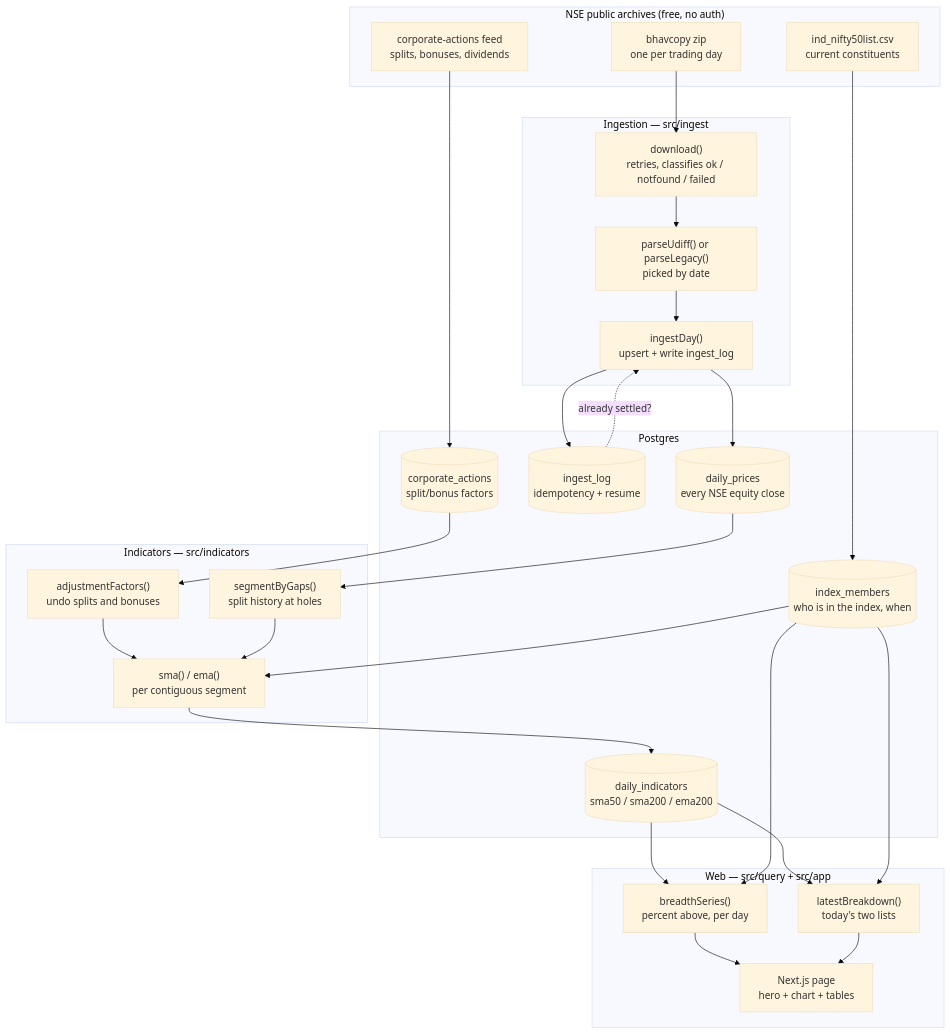
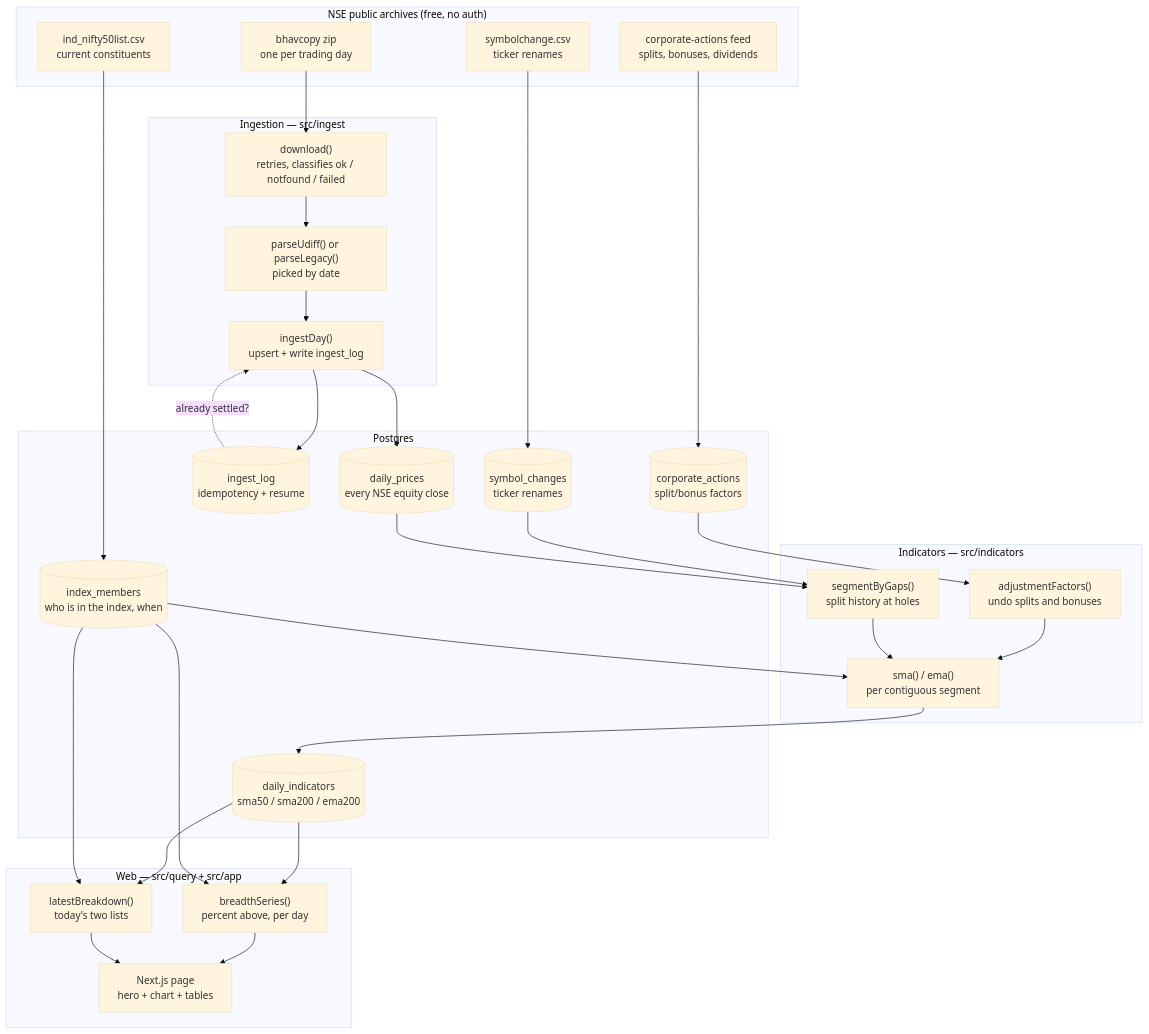
Before and after one commit to abhinav2525/TradeSence: the first of 3 diagrams in README.md, drawn with Mermaid (base theme). The commit also changed other lines of this file and 15 other files, not shown here.

````diff
--- a/README.md
+++ b/README.md
@@ -22,46 +22,49 @@
 ```mermaid
 flowchart TB
     subgraph SRC["NSE public archives (free, no auth)"]
         A1["bhavcopy zip<br/>one per trading day"]
         A2["ind_nifty50list.csv<br/>current constituents"]
         A3["corporate-actions feed<br/>splits, bonuses, dividends"]
+        A4["symbolchange.csv<br/>ticker renames"]
     end
 
     subgraph ING["Ingestion — src/ingest"]
         B1["download()<br/>retries, classifies ok / notfound / failed"]
         B2["parseUdiff() or parseLegacy()<br/>picked by date"]
         B3["ingestDay()<br/>upsert + write ingest_log"]
     end
 
     subgraph DB["Postgres"]
         C1[("daily_prices<br/>every NSE equity close")]
         C2[("index_members<br/>who is in the index, when")]
         C3[("ingest_log<br/>idempotency + resume")]
         C4[("daily_indicators<br/>sma50 / sma200 / ema200")]
         C5[("corporate_actions<br/>split/bonus factors")]
+        C6[("symbol_changes<br/>ticker renames")]
     end
 
     subgraph CALC["Indicators — src/indicators"]
         D1["segmentByGaps()<br/>split history at holes"]
         D3["adjustmentFactors()<br/>undo splits and bonuses"]
         D2["sma() / ema()<br/>per contiguous segment"]
     end
 
     subgraph WEB["Web — src/query + src/app"]
         E1["breadthSeries()<br/>percent above, per day"]
         E2["latestBreakdown()<br/>today's two lists"]
         E3["Next.js page<br/>hero + chart + tables"]
     end
 
     A1 --> B1 --> B2 --> B3 --> C1
     A2 --> C2
     B3 --> C3
     C3 -.->|"already settled?"| B3
     A3 --> C5 --> D3 --> D2
+    A4 --> C6 --> D1
     C1 --> D1 --> D2 --> C4
     C2 --> D2
     C4 --> E1 --> E3
     C4 --> E2 --> E3
     C2 --> E1
     C2 --> E2
 ```
````
